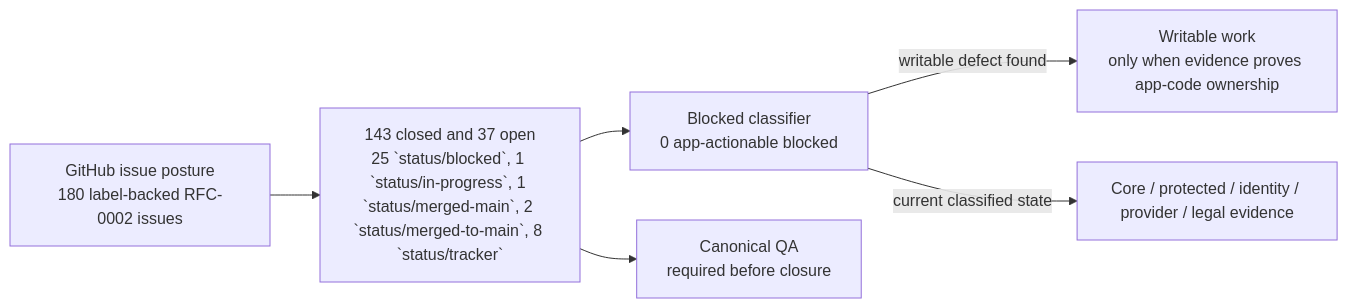
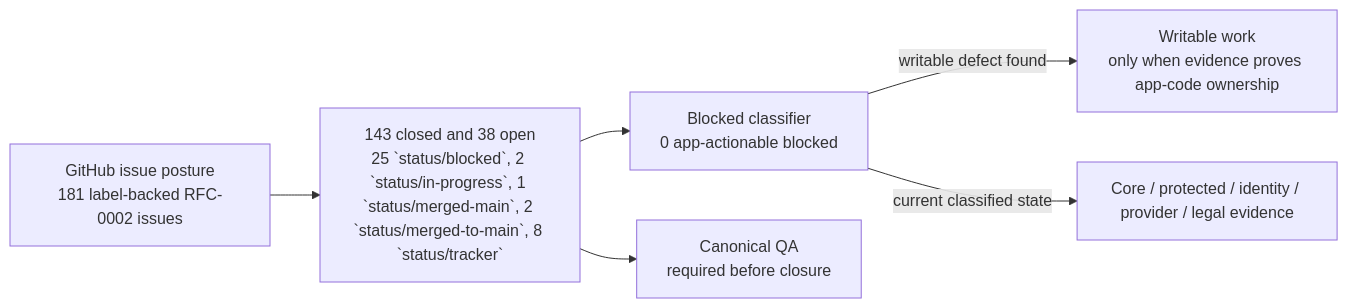
The first of 2 diagrams in wiki/RFC-0002-Execution-Status.md (sgajbi/lotus-idea), drawn with Mermaid before and after one commit. The commit also changed other lines of this file and 12 other files, not shown here.

First line of the commit message:
docs: ledger RFC-0002 route refactor issue

````diff
--- a/wiki/RFC-0002-Execution-Status.md
+++ b/wiki/RFC-0002-Execution-Status.md
@@ -39,15 +39,15 @@
 ```mermaid
 flowchart LR
-    Issues["GitHub issue posture<br/>180 label-backed RFC-0002 issues"]
-    Open["143 closed and 37 open<br/>25 `status/blocked`, 1 `status/in-progress`, 1 `status/merged-main`, 2 `status/merged-to-main`, 8 `status/tracker`"]
+    Issues["GitHub issue posture<br/>181 label-backed RFC-0002 issues"]
+    Open["143 closed and 38 open<br/>25 `status/blocked`, 2 `status/in-progress`, 1 `status/merged-main`, 2 `status/merged-to-main`, 8 `status/tracker`"]
     Blocked["Blocked classifier<br/>0 app-actionable blocked"]
     Work["Writable work<br/>only when evidence proves app-code ownership"]
     External["Core / protected / identity / provider / legal evidence"]
     QA["Canonical QA<br/>required before closure"]
 
     Issues --> Open
     Open --> Blocked
     Blocked -->|"writable defect found"| Work
     Blocked -->|"current classified state"| External
     Open --> QA
 ```
````
